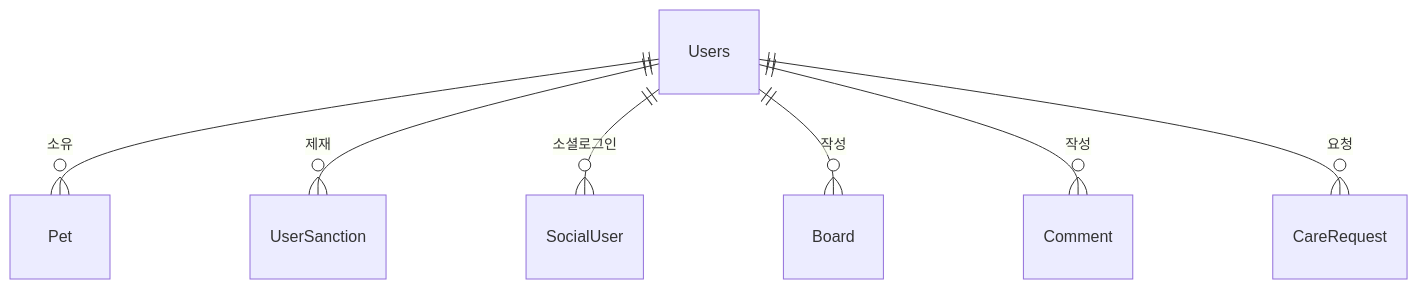
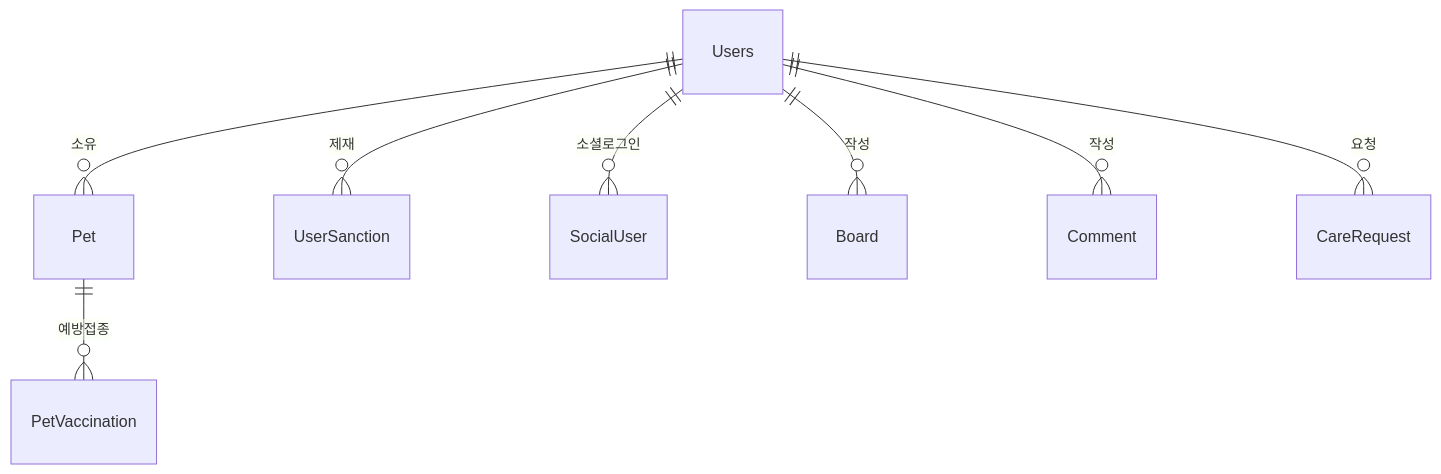
The diagram in docs/domains/user.md (makkong1/Petory), drawn with Mermaid before and after one commit. The commit also changed other lines of this file and 25 other files, not shown here.

````diff
--- a/docs/domains/user.md
+++ b/docs/domains/user.md
@@ -561,9 +627,10 @@
 ```mermaid
 erDiagram
     Users ||--o{ Pet : "소유"
     Users ||--o{ UserSanction : "제재"
     Users ||--o{ SocialUser : "소셜로그인"
     Users ||--o{ Board : "작성"
     Users ||--o{ Comment : "작성"
     Users ||--o{ CareRequest : "요청"
+    Pet ||--o{ PetVaccination : "예방접종"
 ```
````
